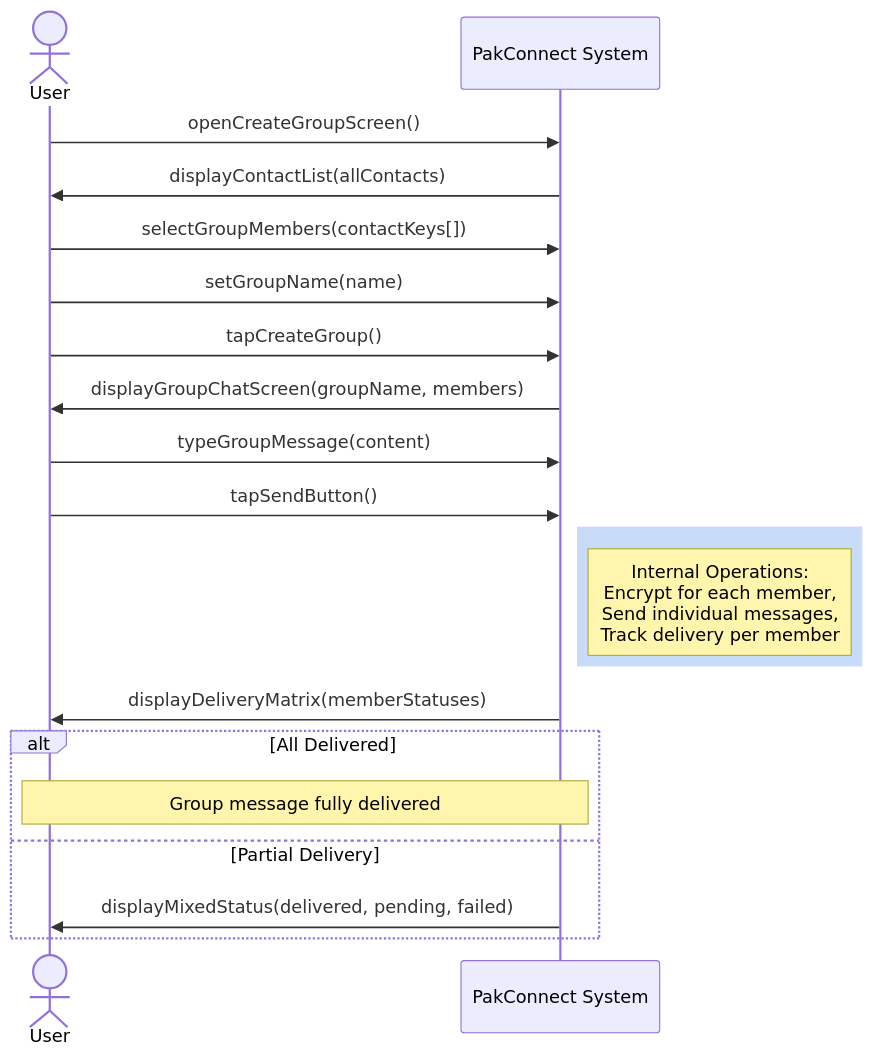
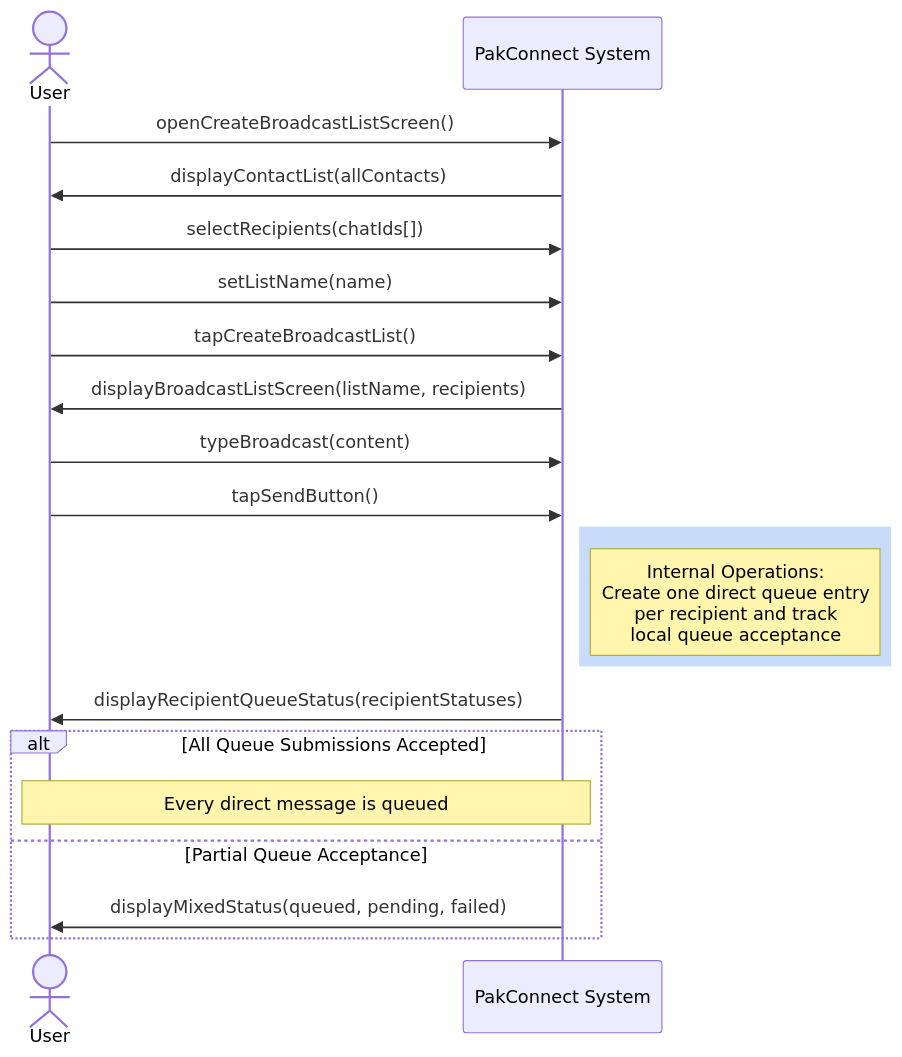
The fifth of 7 diagrams in docs/srs/06a-system-sequence-diagrams.md (AbubakarMahmood1/pak_connect_final), drawn with Mermaid before and after one commit. The commit also changed other lines of this file and 37 other files, not shown here.

````diff
--- a/docs/srs/06a-system-sequence-diagrams.md
+++ b/docs/srs/06a-system-sequence-diagrams.md
@@ -333,29 +334,29 @@
 ```mermaid
 sequenceDiagram
     actor User
     participant System as PakConnect System
 
-    User->>System: openCreateGroupScreen()
+    User->>System: openCreateBroadcastListScreen()
     System->>User: displayContactList(allContacts)
 
-    User->>System: selectGroupMembers(contactKeys[])
-    User->>System: setGroupName(name)
-    User->>System: tapCreateGroup()
+    User->>System: selectRecipients(chatIds[])
+    User->>System: setListName(name)
+    User->>System: tapCreateBroadcastList()
 
-    System->>User: displayGroupChatScreen(groupName, members)
+    System->>User: displayBroadcastListScreen(listName, recipients)
 
-    User->>System: typeGroupMessage(content)
+    User->>System: typeBroadcast(content)
     User->>System: tapSendButton()
 
     rect rgb(200, 220, 250)
-        note right of System: Internal Operations:<br/>Encrypt for each member,<br/>Send individual messages,<br/>Track delivery per member
+        note right of System: Internal Operations:<br/>Create one direct queue entry<br/>per recipient and track<br/>local queue acceptance
     end
 
-    System->>User: displayDeliveryMatrix(memberStatuses)
+    System->>User: displayRecipientQueueStatus(recipientStatuses)
 
-    alt All Delivered
-        note over User,System: Group message fully delivered
-    else Partial Delivery
-        System->>User: displayMixedStatus(delivered, pending, failed)
+    alt All Queue Submissions Accepted
+        note over User,System: Every direct message is queued
+    else Partial Queue Acceptance
+        System->>User: displayMixedStatus(queued, pending, failed)
     end
 ```
````
